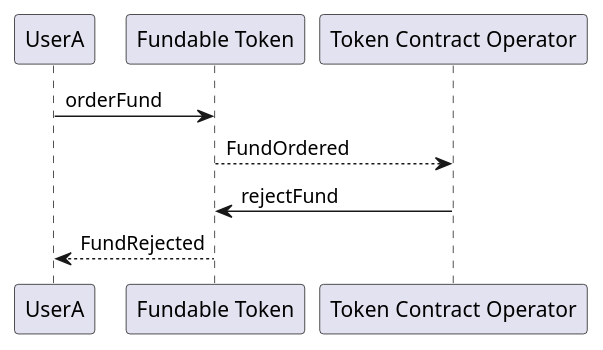
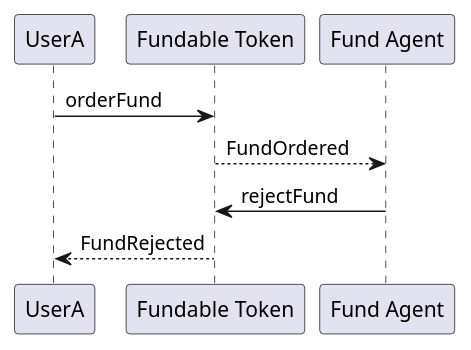
Before and after one commit to IoBuilders/fundable-token: the diagram in diagrams/fundable_reject.puml, drawn with PlantUML. The commit also changed 10 other files, not shown here.

Commit message:
added fund agent role instead of single token operator

```diff
--- a/diagrams/fundable_reject.puml
+++ b/diagrams/fundable_reject.puml
@@ -1,7 +1,6 @@
 @startuml
 UserA -> "Fundable Token": orderFund
-"Fundable Token" --> "Token Contract Operator": FundOrdered
-
-"Token Contract Operator" -> "Fundable Token": rejectFund
+"Fundable Token" --> "Fund Agent": FundOrdered
+"Fund Agent" -> "Fundable Token": rejectFund
 "Fundable Token" --> "UserA": FundRejected
 @enduml
```
